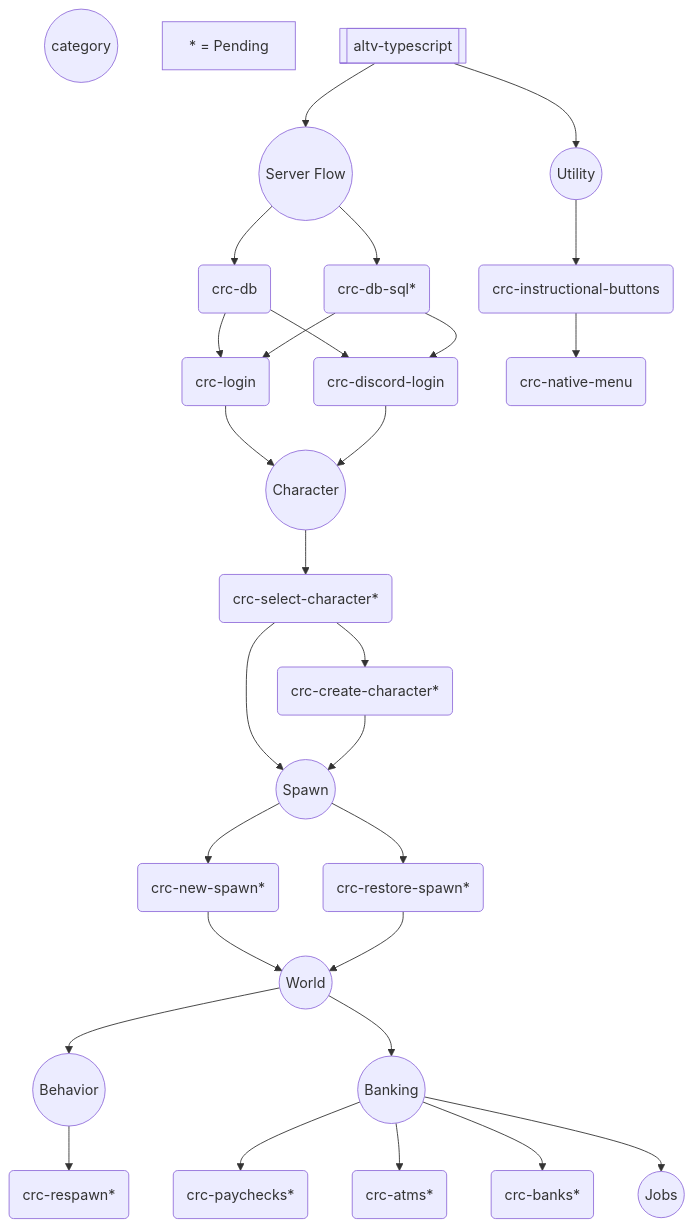
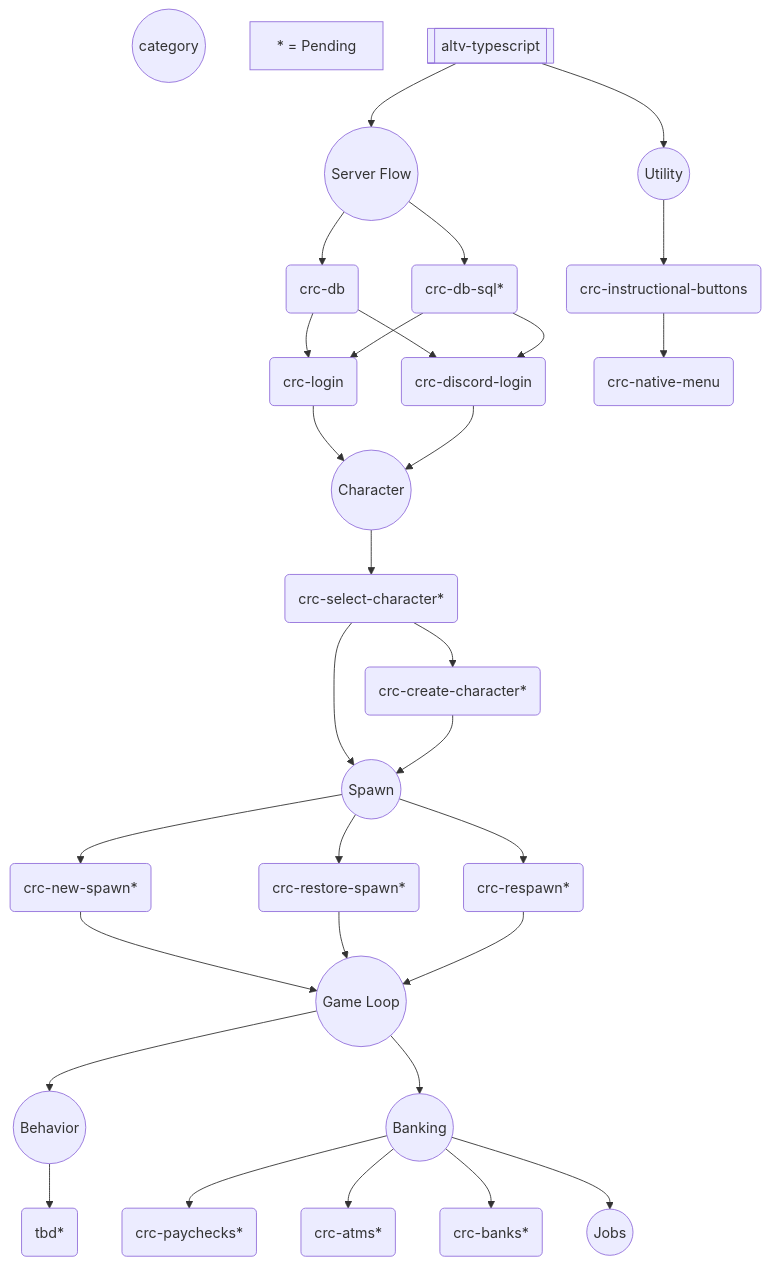
The diagram in profile/README.md (altv-crc/.github), drawn with Mermaid before and after one commit. The commit also changed other lines of this file, not shown here.

````diff
--- a/profile/README.md
+++ b/profile/README.md
@@ -24,70 +26,72 @@
 ```mermaid
 graph TD
     category((category))
     not_created[* = Pending]
 
     %% Initial Category
     altv_typescript[[altv-typescript]]
     altv_typescript --> cat_core
     altv_typescript --> cat_utility
 
    
 
     %% Core
     cat_core((Server Flow))
     cat_core --> crc_db
     cat_core --> crc_db_sql
 
     %% Database
     crc_db(crc-db)
     crc_db --> crc_login
     crc_db --> crc_discord_login
     crc_db_sql(crc-db-sql*)
     crc_db_sql --> crc_login
     crc_db_sql --> crc_discord_login
    
 
     %% Authentication
     crc_login(crc-login)
     crc_discord_login(crc-discord-login)
     crc_login --> cat_character
     crc_discord_login --> cat_character
 
     %% Character
     cat_character((Character))
     cat_character --> crc_char_select(crc-select-character*)
     crc_char_select --> crc_char_create(crc-create-character*)
     crc_char_select --> cat_spawn
     crc_char_create --> cat_spawn
 
     %% Spawn
     cat_spawn((Spawn))
     cat_spawn --> crc_new_spawn(crc-new-spawn*)
     cat_spawn --> crc_restore_spawn(crc-restore-spawn*)
-    crc_new_spawn --> cat_world
-    crc_restore_spawn --> cat_world
+    cat_spawn --> crc_respawn(crc-respawn*)
+    crc_new_spawn --> cat_game_loop
+    crc_restore_spawn --> cat_game_loop
+    crc_respawn --> cat_game_loop
 
-    %% World
-    cat_world((World))
-    cat_world --> cat_behavior
-    cat_world --> cat_banking
+    %% Game Loop
+    cat_game_loop((Game Loop))
+    cat_game_loop --> cat_behavior
+    cat_game_loop --> cat_banking
    
     %% Behavior
     cat_behavior((Behavior))
-    cat_behavior --> crc_respawn(crc-respawn*)
+    cat_behavior --> tbd(tbd*)
 
     %% Banking
     cat_banking((Banking))
     cat_banking --> crc_paychecks(crc-paychecks*)
     cat_banking --> crc_atm(crc-atms*)
     cat_banking --> crc_banks(crc-banks*)
     cat_banking --> cat_jobs
 
     %% Jobs
     cat_jobs((Jobs))
 
     %% Utility
     cat_utility((Utility))
     cat_utility --> crc_instructional_buttons(crc-instructional-buttons)
     crc_instructional_buttons --> crc_native_menu(crc-native-menu)
 ```
````
